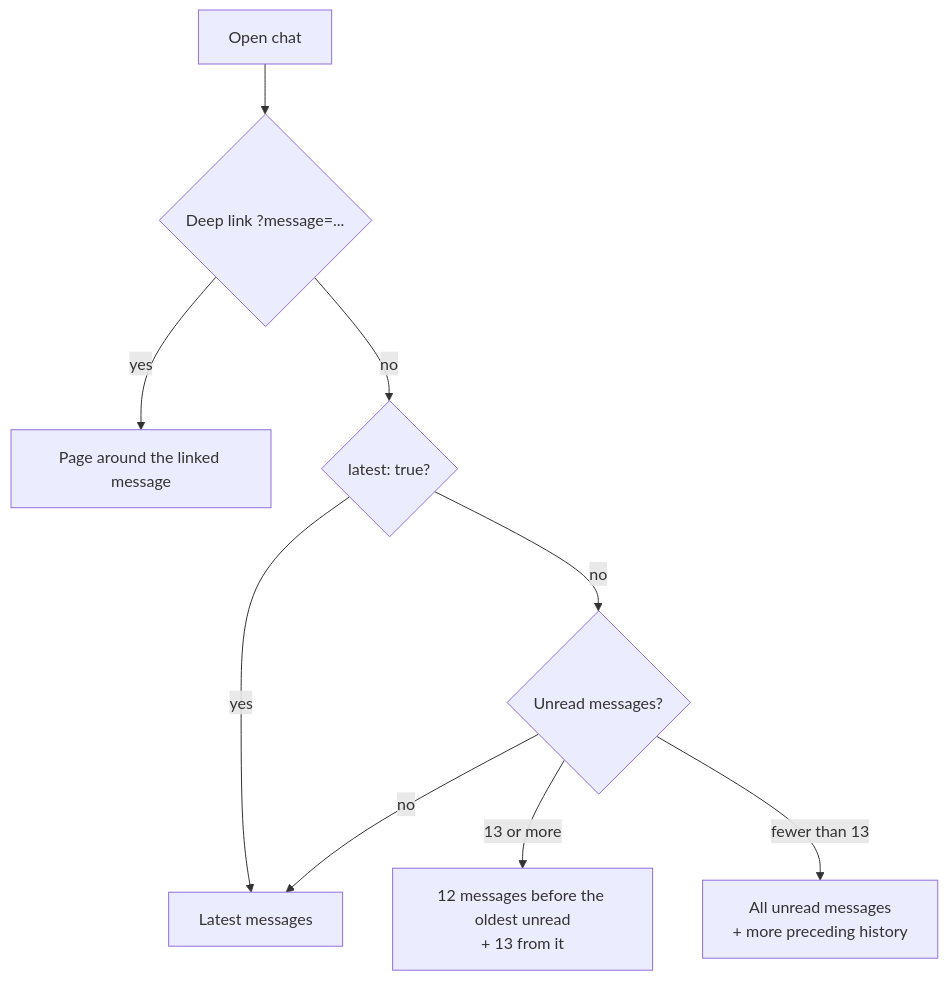
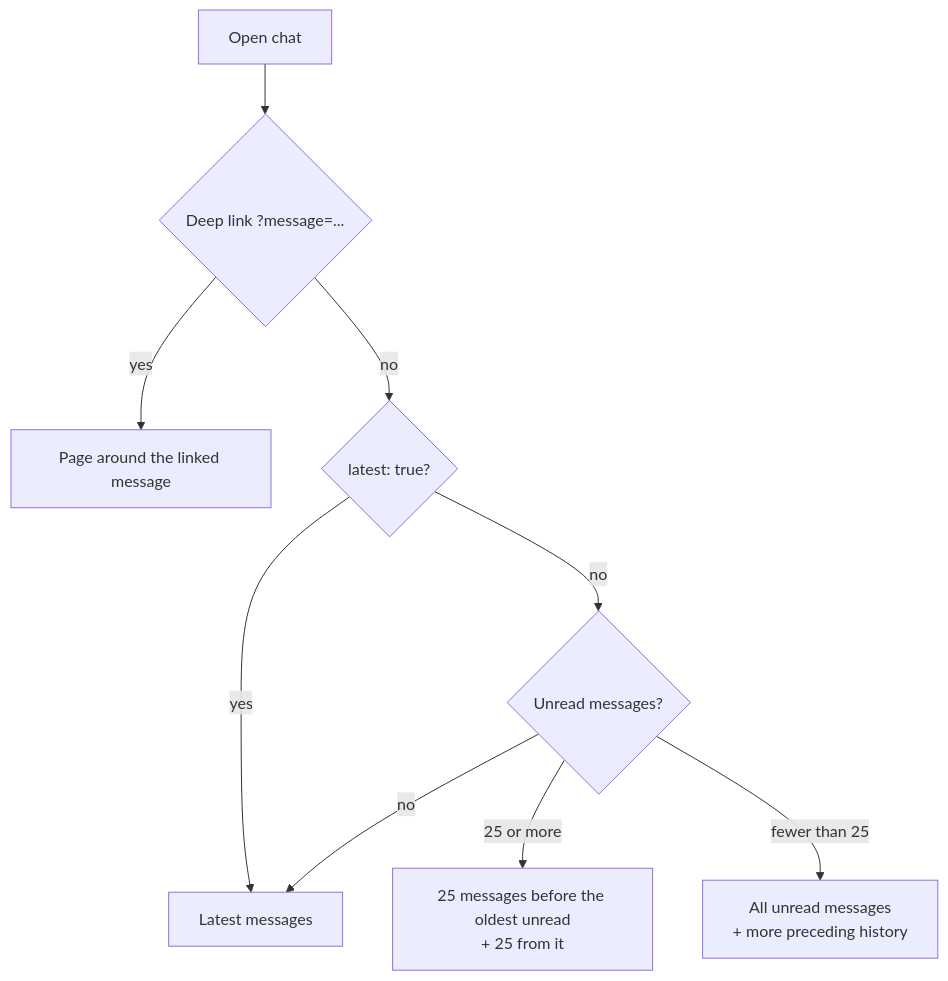
The diagram in docs/CHAT_READING.md (Quenary/konvoez), drawn with Mermaid before and after one commit. The commit also changed other lines of this file and 27 other files, not shown here.

````diff
--- a/docs/CHAT_READING.md
+++ b/docs/CHAT_READING.md
@@ -9,11 +9,11 @@
 ```mermaid
 flowchart TD
   Open[Open chat] --> L{Deep link ?message=...}
   L -- yes --> Link[Page around the linked message]
   L -- no --> Lt{latest: true?}
   Lt -- yes --> Latest[Latest messages]
   Lt -- no --> Un{Unread messages?}
   Un -- no --> Latest
-  Un -- "13 or more" --> A1["12 messages before the oldest unread<br/>+ 13 from it"]
-  Un -- "fewer than 13" --> A2["All unread messages<br/>+ more preceding history"]
+  Un -- "25 or more" --> A1["25 messages before the oldest unread<br/>+ 25 from it"]
+  Un -- "fewer than 25" --> A2["All unread messages<br/>+ more preceding history"]
 ```
````
